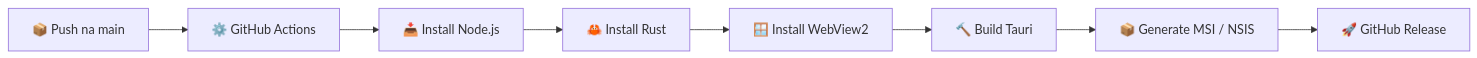
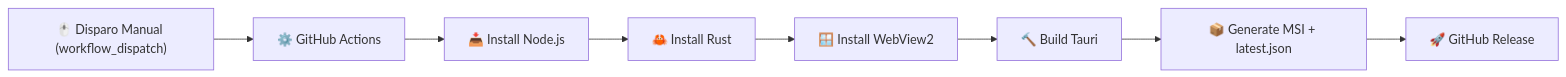
One commit to kauafpssx/The-Gaming-Rumble changed the second of 2 diagrams in README.md. Above: the diagram before and after it, drawn with Mermaid. The commit also changed other lines of this file, not shown here.

````diff
--- a/README.md
+++ b/README.md
@@ -293,10 +303,10 @@
 ```mermaid
 flowchart LR
-  A["📦 Push na main"] --> B["⚙️ GitHub Actions"]
+  A["🖱️ Disparo Manual (workflow_dispatch)"] --> B["⚙️ GitHub Actions"]
   B --> C["📥 Install Node.js"]
   C --> D["🦀 Install Rust"]
   D --> E["🪟 Install WebView2"]
   E --> F["🔨 Build Tauri"]
-  F --> G["📦 Generate MSI / NSIS"]
+  F --> G["📦 Generate MSI + latest.json"]
   G --> H["🚀 GitHub Release"]
 ```
````
